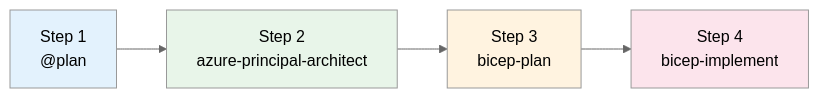
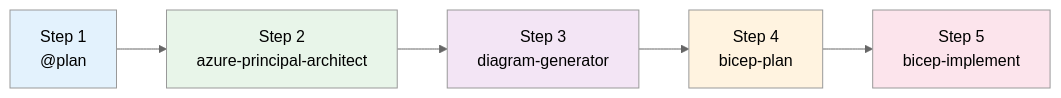
Before and after one commit to SmitaCnovate/azure-agentic-infraops: the diagram in demos/demo-prompts.md, drawn with Mermaid. The commit also changed other lines of this file, not shown here.

Commit message:
feat: Update workflow for e-commerce platform demo; reorganize steps, add diagram generator, and clarify agent roles

````diff
--- a/demos/demo-prompts.md
+++ b/demos/demo-prompts.md
@@ -11,12 +11,14 @@
 ```mermaid
 %%{init: {'theme':'neutral'}}%%
 graph LR
     A["Step 1<br/>@plan"] --> B["Step 2<br/>azure-principal-architect"]
-    B --> C["Step 3<br/>bicep-plan"]
-    C --> D["Step 4<br/>bicep-implement"]
+    B --> C["Step 3<br/>diagram-generator"]
+    C --> D["Step 4<br/>bicep-plan"]
+    D --> E["Step 5<br/>bicep-implement"]
 
     style A fill:#e3f2fd
     style B fill:#e8f5e9
-    style C fill:#fff3e0
-    style D fill:#fce4ec
+    style C fill:#f3e5f5
+    style D fill:#fff3e0
+    style E fill:#fce4ec
 ```
````
